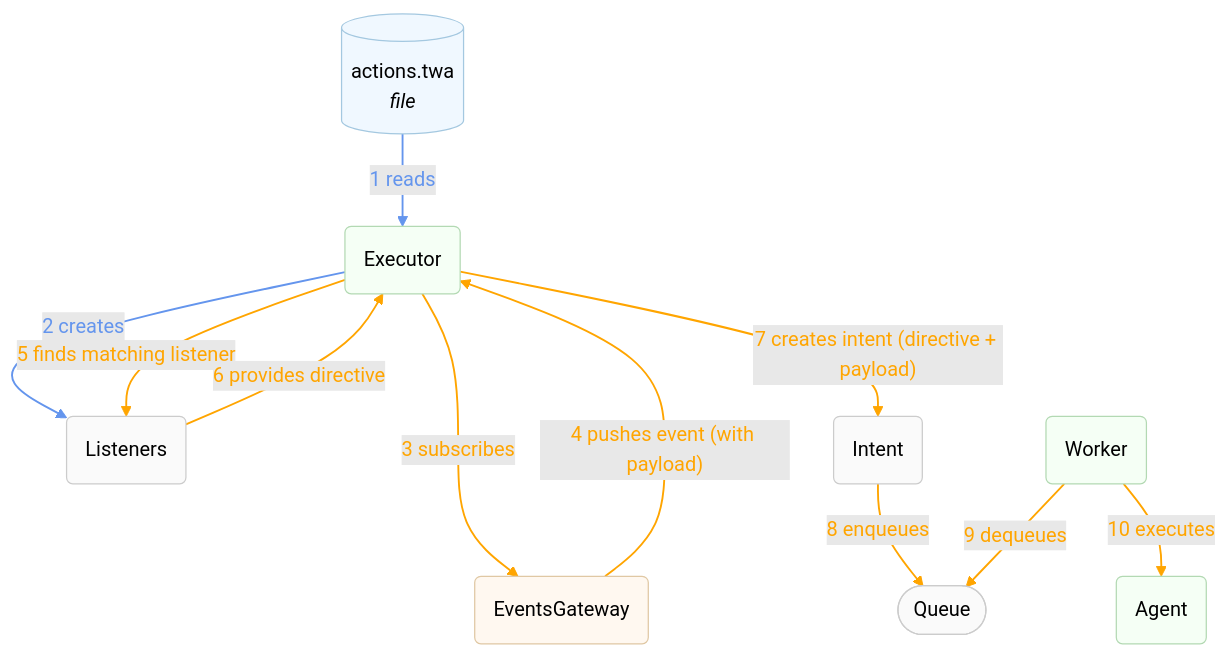
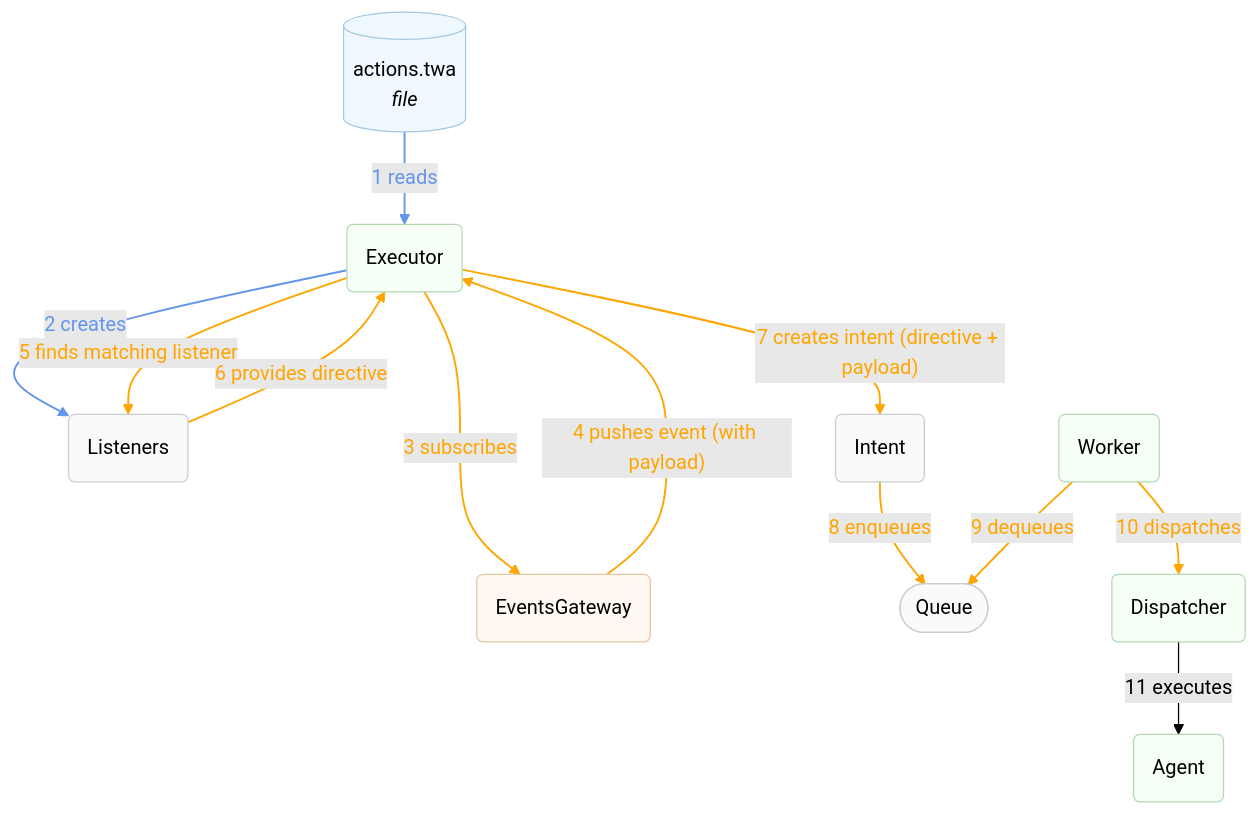
One commit to arepetti/Tinkwell changed the first of 2 diagrams in Tinkwell.Actions.Executor/README.md. Above: the diagram before and after it, drawn with Mermaid (forest theme). The commit also changed 19 other files, not shown here.

````diff
--- a/Tinkwell.Actions.Executor/README.md
+++ b/Tinkwell.Actions.Executor/README.md
@@ -26,40 +26,42 @@
 ```mermaid
 graph TD
     classDef config fill:#f0f8ff,stroke:#a4c8e0,stroke-width:1px
     classDef runtime fill:#f5fff5,stroke:#b3d9b3,stroke-width:1px
     classDef eventbus fill:#fff8f0,stroke:#e0c8a4,stroke-width:1px
     classDef data fill:#fafafa,stroke:#cccccc,stroke-width:1px
 
     TWA[("actions.twa<br/><i>file</i>")]:::config
     EX(Executor):::runtime
     L(Listeners):::data
     EG(EventsGateway):::eventbus
     INT(Intent):::data
     Q([Queue]):::data
     W(Worker):::runtime
+    D(Dispatcher):::runtime
     A(Agent):::runtime
 
     TWA -- "1 reads" --> EX
     EX -- "2 creates" --> L
 
     EX -- "3 subscribes" --> EG
     EG -- "4 pushes event (with payload)" ---> EX
     EX -- "5 finds matching listener" --> L
     L -- "6 provides directive" --> EX
     EX -- "7 creates intent (directive + payload)" --> INT
     INT -- "8 enqueues" --> Q
     W -- "9 dequeues" --> Q
-    W -- "10 executes" --> A
+    W -- "10 dispatches" --> D
+    D -- "11 executes" --> A
 
     linkStyle 0 stroke:cornflowerblue,stroke-width:1.5px,color:cornflowerblue;
     linkStyle 1 stroke:cornflowerblue,stroke-width:1.5px,color:cornflowerblue;
 
     linkStyle 2 stroke:orange,stroke-width:1.5px,color:orange;
     linkStyle 3 stroke:orange,stroke-width:1.5px,color:orange;
     linkStyle 4 stroke:orange,stroke-width:1.5px,color:orange;
     linkStyle 5 stroke:orange,stroke-width:1.5px,color:orange;
     linkStyle 6 stroke:orange,stroke-width:1.5px,color:orange;
     linkStyle 7 stroke:orange,stroke-width:1.5px,color:orange;
     linkStyle 8 stroke:orange,stroke-width:1.5px,color:orange;
     linkStyle 9 stroke:orange,stroke-width:1.5px,color:orange;
 ```
````
